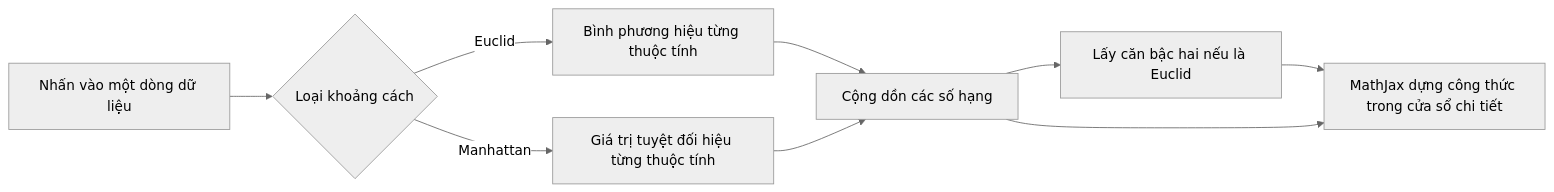
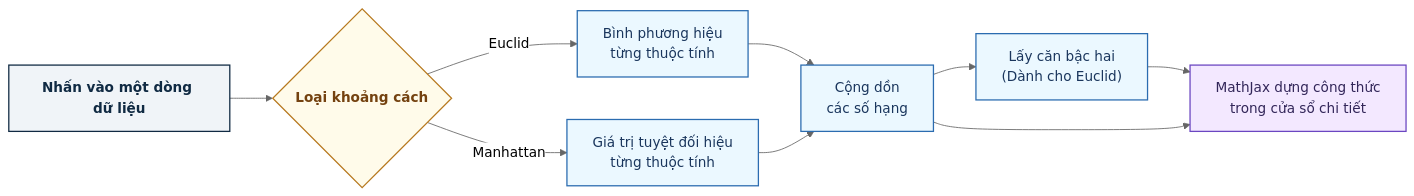
Before and after one commit to huynhthanhphong231004IT/Website_MayHocCoBan: the fifth of 5 diagrams in README.md, drawn with Mermaid (neutral theme).

````diff
--- a/README.md
+++ b/README.md
@@ -247,11 +247,35 @@
 ```mermaid
 flowchart LR
-    C[Nhấn vào một dòng dữ liệu] --> T{Loại khoảng cách}
-    T -->|Euclid| E[Bình phương hiệu từng thuộc tính]
-    T -->|Manhattan| M[Giá trị tuyệt đối hiệu từng thuộc tính]
-    E --> S[Cộng dồn các số hạng]
+    %% Định nghĩa phong cách chuẩn Paper (Academic style)
+    classDef action fill:#F0F4F8,stroke:#102A43,stroke-width:1.5px,color:#102A43,font-weight:bold;
+    classDef decision fill:#FFFBEA,stroke:#B7791F,stroke-width:1.5px,color:#744210,font-weight:bold;
+    classDef process fill:#EBF8FF,stroke:#2B6CB0,stroke-width:1.5px,color:#1A365D;
+    classDef output fill:#F3E8FF,stroke:#6B46C1,stroke-width:1.5px,color:#322659;
+
+    %% Các nút trong sơ đồ
+    C["Nhấn vào một dòng dữ liệu"]:::action
+    
+    T{"Loại khoảng cách"}:::decision
+    
+    E["Bình phương hiệu<br/>từng thuộc tính"]:::process
+    M["Giá trị tuyệt đối hiệu<br/>từng thuộc tính"]:::process
+    
+    S["Cộng dồn<br/>các số hạng"]:::process
+    
+    Q["Lấy căn bậc hai<br/>(Dành cho Euclid)"]:::process
+    
+    R["MathJax dựng công thức<br/>trong cửa sổ chi tiết"]:::output
+
+    %% Luồng liên kết dữ liệu
+    C --> T
+    
+    T -->|Euclid| E
+    T -->|Manhattan| M
+    
+    E --> S
     M --> S
-    S --> Q[Lấy căn bậc hai nếu là Euclid]
-    Q --> R[MathJax dựng công thức trong cửa sổ chi tiết]
+    
+    S --> Q
+    Q --> R
     S --> R
 ```
````
